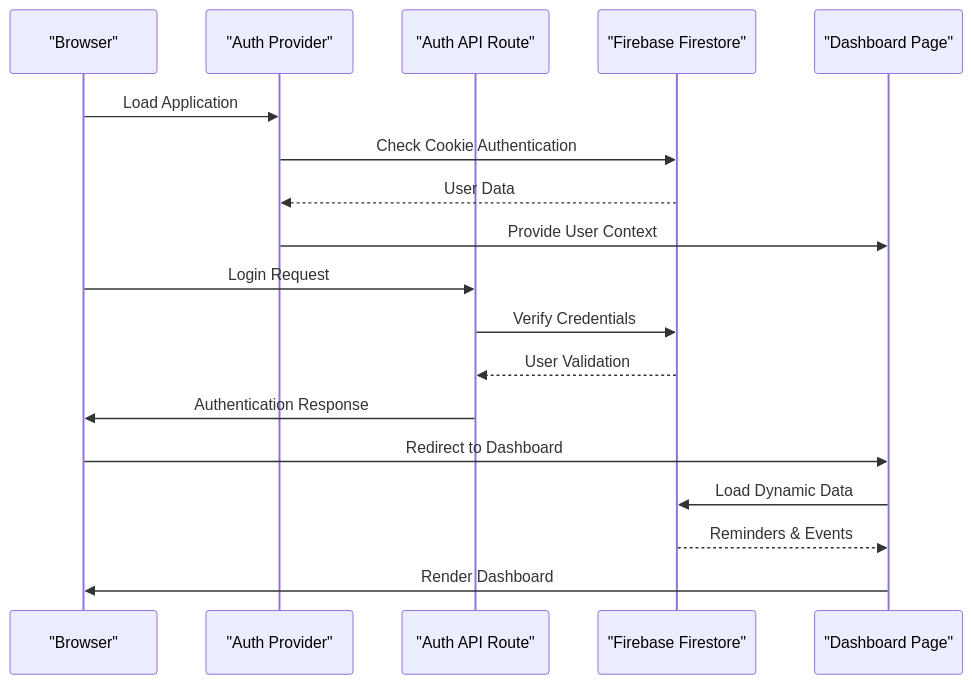
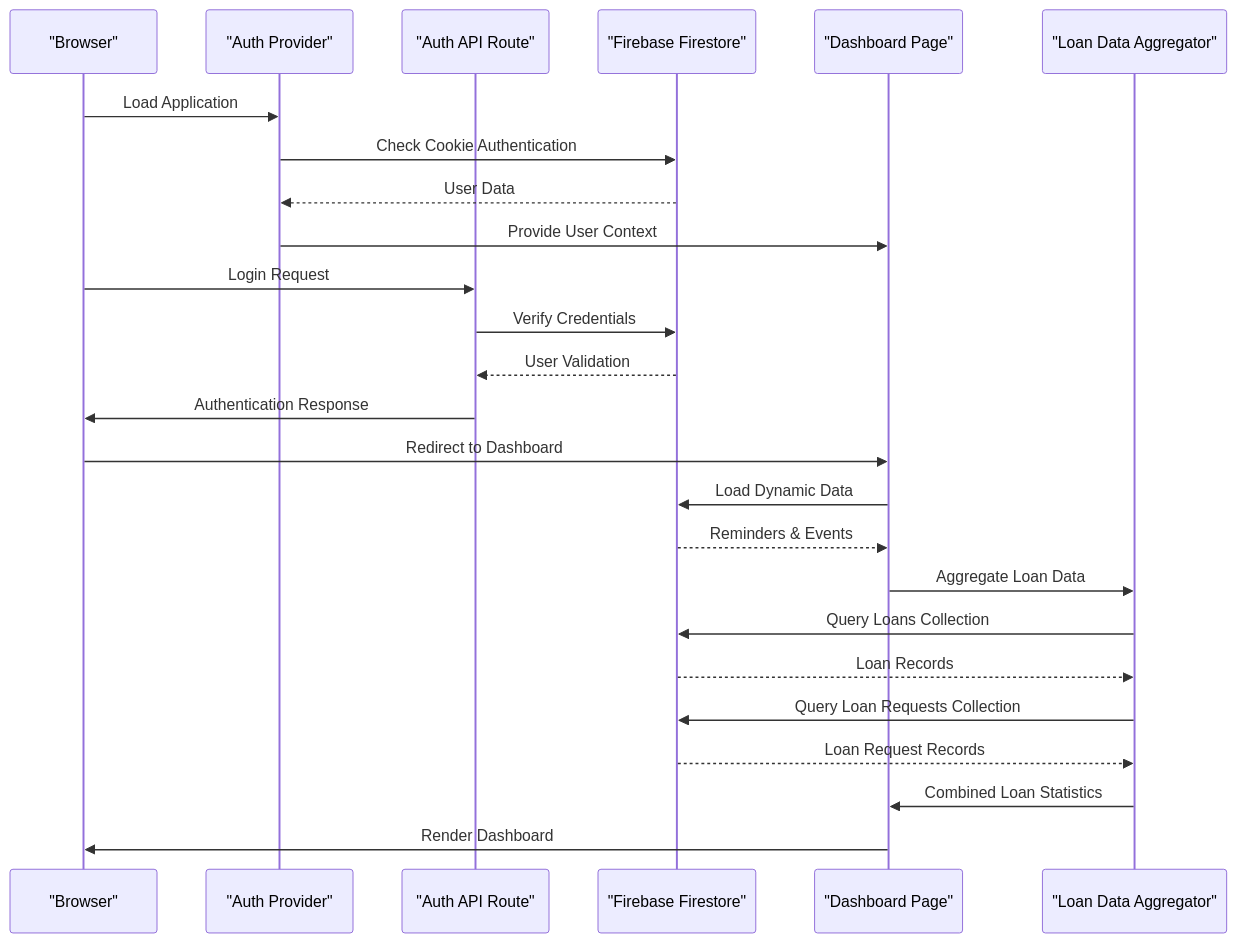
Before and after one commit to Unsure-bry/sampacoop_system: the second of 10 diagrams in .qoder/repowiki/en/content/Dashboard System.md, drawn with Mermaid. The commit also changed other lines of this file and 24 other files, not shown here.

````diff
--- a/.qoder/repowiki/en/content/Dashboard System.md
+++ b/.qoder/repowiki/en/content/Dashboard System.md
@@ -99,20 +136,27 @@
 ```mermaid
 sequenceDiagram
 participant Browser as "Browser"
 participant Auth as "Auth Provider"
 participant API as "Auth API Route"
 participant Firebase as "Firebase Firestore"
 participant Dashboard as "Dashboard Page"
+participant LoanAggregator as "Loan Data Aggregator"
 Browser->>Auth : Load Application
 Auth->>Firebase : Check Cookie Authentication
 Firebase-->>Auth : User Data
 Auth->>Dashboard : Provide User Context
 Browser->>API : Login Request
 API->>Firebase : Verify Credentials
 Firebase-->>API : User Validation
 API->>Browser : Authentication Response
 Browser->>Dashboard : Redirect to Dashboard
 Dashboard->>Firebase : Load Dynamic Data
 Firebase-->>Dashboard : Reminders & Events
+Dashboard->>LoanAggregator : Aggregate Loan Data
+LoanAggregator->>Firebase : Query Loans Collection
+Firebase-->>LoanAggregator : Loan Records
+LoanAggregator->>Firebase : Query Loan Requests Collection
+Firebase-->>LoanAggregator : Loan Request Records
+LoanAggregator->>Dashboard : Combined Loan Statistics
 Dashboard->>Browser : Render Dashboard
 ```
````
